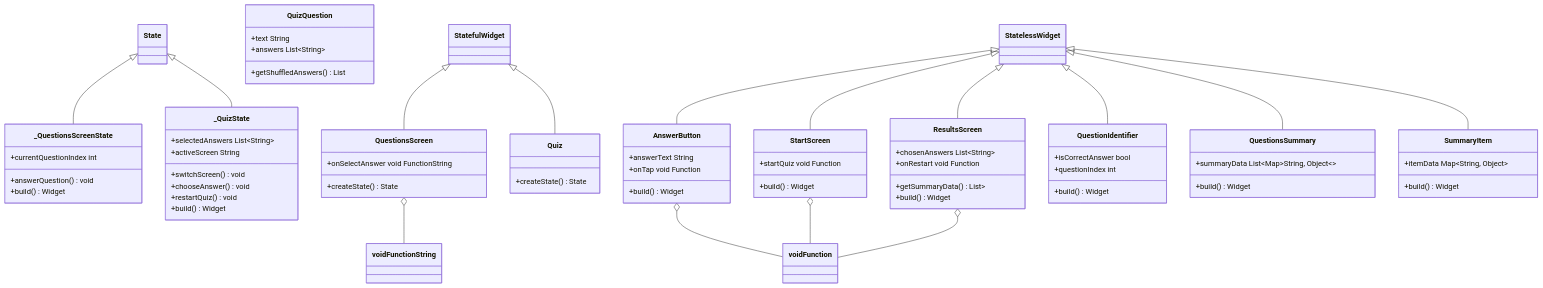
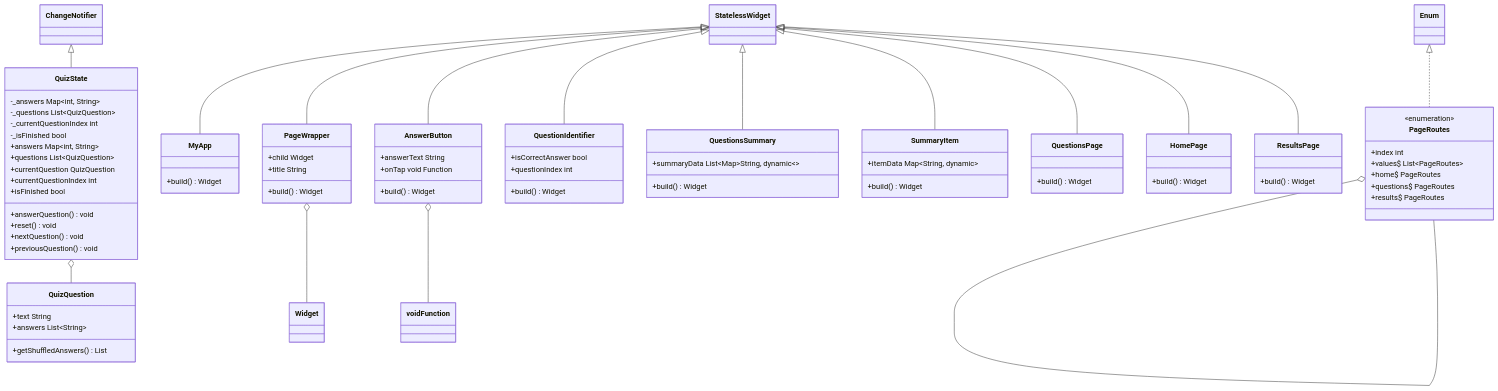
The diagram in README.md (ADNTNU/Quiz-App), drawn with Mermaid before and after one commit.

Commit message:
Update class diagram in README.md

````diff
--- a/README.md
+++ b/README.md
@@ -93,69 +93,82 @@
 ```mermaid
 classDiagram
+class QuizQuestion
+QuizQuestion : +text String
+QuizQuestion : +answers List~String~
+QuizQuestion : +getShuffledAnswers() List<String>
+
+class MyApp
+MyApp : +build() Widget
+StatelessWidget <|-- MyApp
+
+class PageWrapper
+PageWrapper : +child Widget
+PageWrapper o-- Widget
+PageWrapper : +title String
+PageWrapper : +build() Widget
+StatelessWidget <|-- PageWrapper
+
 class AnswerButton
 AnswerButton : +answerText String
 AnswerButton : +onTap void Function
 AnswerButton o-- void Function
 AnswerButton : +build() Widget
 StatelessWidget <|-- AnswerButton
-
-class QuizQuestion
-QuizQuestion : +text String
-QuizQuestion : +answers List~String~
-QuizQuestion : +getShuffledAnswers() List<String>
-
-class QuestionsScreen
-QuestionsScreen : +onSelectAnswer void FunctionString
-QuestionsScreen o-- void FunctionString
-QuestionsScreen : +createState() State<QuestionsScreen>
-StatefulWidget <|-- QuestionsScreen
-
-class _QuestionsScreenState
-_QuestionsScreenState : +currentQuestionIndex int
-_QuestionsScreenState : +answerQuestion() void
-_QuestionsScreenState : +build() Widget
-State <|-- _QuestionsScreenState
-
-class Quiz
-Quiz : +createState() State<Quiz>
-StatefulWidget <|-- Quiz
-
-class _QuizState
-_QuizState : +selectedAnswers List~String~
-_QuizState : +activeScreen String
-_QuizState : +switchScreen() void
-_QuizState : +chooseAnswer() void
-_QuizState : +restartQuiz() void
-_QuizState : +build() Widget
-State <|-- _QuizState
-
-class StartScreen
-StartScreen : +startQuiz void Function
-StartScreen o-- void Function
-StartScreen : +build() Widget
-StatelessWidget <|-- StartScreen
-
-class ResultsScreen
-ResultsScreen : +chosenAnswers List~String~
-ResultsScreen : +onRestart void Function
-ResultsScreen o-- void Function
-ResultsScreen : +getSummaryData() List<Map<String, Object>>
-ResultsScreen : +build() Widget
-StatelessWidget <|-- ResultsScreen
 
 class QuestionIdentifier
 QuestionIdentifier : +isCorrectAnswer bool
 QuestionIdentifier : +questionIndex int
 QuestionIdentifier : +build() Widget
 StatelessWidget <|-- QuestionIdentifier
 
 class QuestionsSummary
-QuestionsSummary : +summaryData List~Map~String, Object~~
+QuestionsSummary : +summaryData List~Map~String, dynamic~~
 QuestionsSummary : +build() Widget
 StatelessWidget <|-- QuestionsSummary
 
 class SummaryItem
-SummaryItem : +itemData Map~String, Object~
+SummaryItem : +itemData Map~String, dynamic~
 SummaryItem : +build() Widget
 StatelessWidget <|-- SummaryItem
+
+class QuizState
+QuizState : -_answers Map~int, String~
+QuizState : -_questions List~QuizQuestion~
+QuizState : -_currentQuestionIndex int
+QuizState : -_isFinished bool
+QuizState : +answers Map~int, String~
+QuizState : +questions List~QuizQuestion~
+QuizState : +currentQuestion QuizQuestion
+QuizState o-- QuizQuestion
+QuizState : +currentQuestionIndex int
+QuizState : +isFinished bool
+QuizState : +answerQuestion() void
+QuizState : +reset() void
+QuizState : +nextQuestion() void
+QuizState : +previousQuestion() void
+ChangeNotifier <|-- QuizState
+
+class QuestionsPage
+QuestionsPage : +build() Widget
+StatelessWidget <|-- QuestionsPage
+
+class PageRoutes
+<<enumeration>> PageRoutes
+PageRoutes : +index int
+PageRoutes : +values$ List~PageRoutes~
+PageRoutes : +home$ PageRoutes
+PageRoutes o-- PageRoutes
+PageRoutes : +questions$ PageRoutes
+PageRoutes o-- PageRoutes
+PageRoutes : +results$ PageRoutes
+PageRoutes o-- PageRoutes
+Enum <|.. PageRoutes
+
+class HomePage
+HomePage : +build() Widget
+StatelessWidget <|-- HomePage
+
+class ResultsPage
+ResultsPage : +build() Widget
+StatelessWidget <|-- ResultsPage
 ```
````
